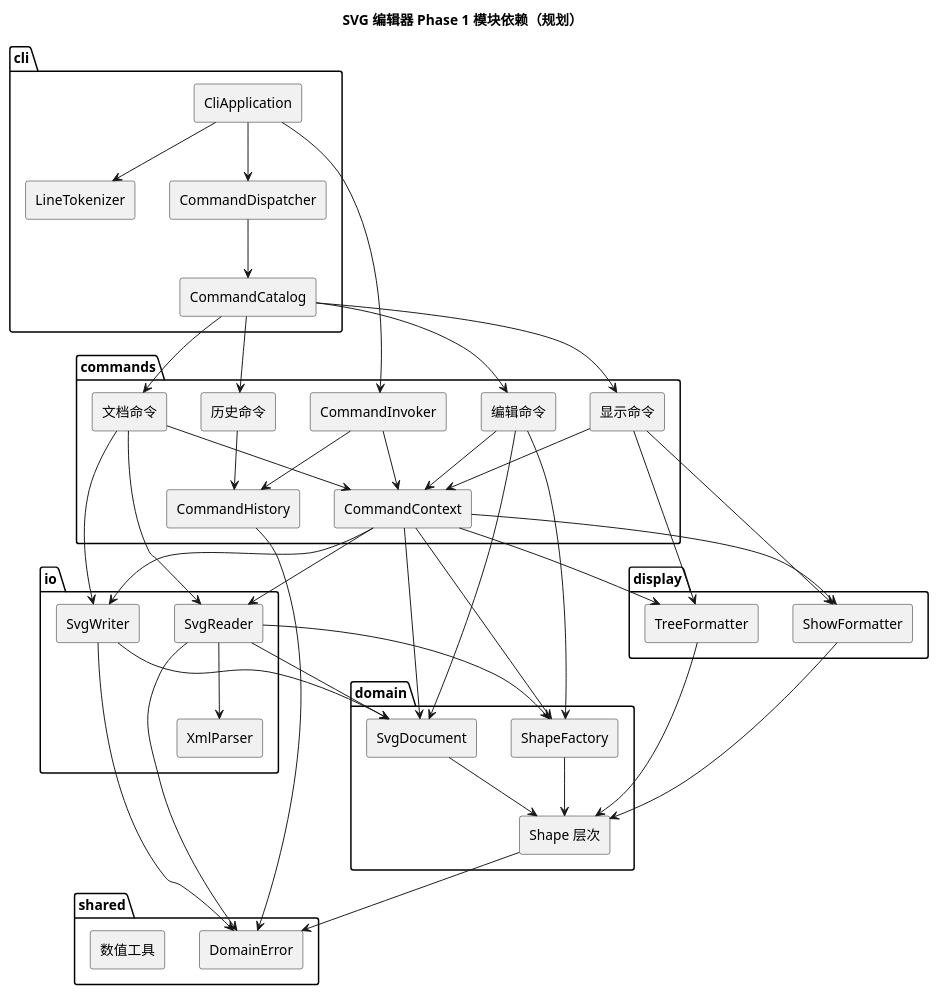
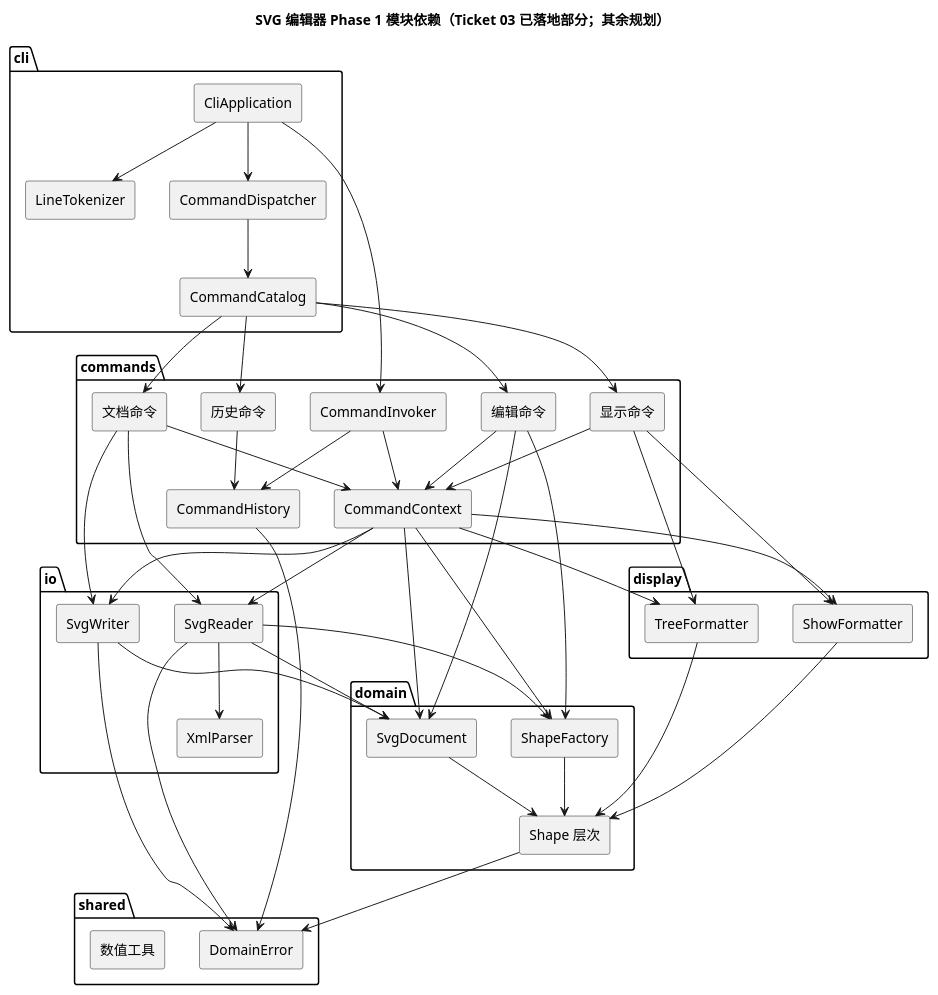
One commit to NQC233/svg-editor-lab1 changed the diagram in doc/README.md. Above: the diagram before and after it, drawn with PlantUML. The commit also changed other lines of this file and 5 other files, not shown here.

````diff
--- a/doc/README.md
+++ b/doc/README.md
@@ -47,7 +47,7 @@
 ```plantuml
 @startuml
 skinparam componentStyle rectangle
-title SVG 编辑器 Phase 1 模块依赖（规划）
+title SVG 编辑器 Phase 1 模块依赖（Ticket 03 已落地部分；其余规划）
 
 package "cli" {
   [CliApplication]
````
